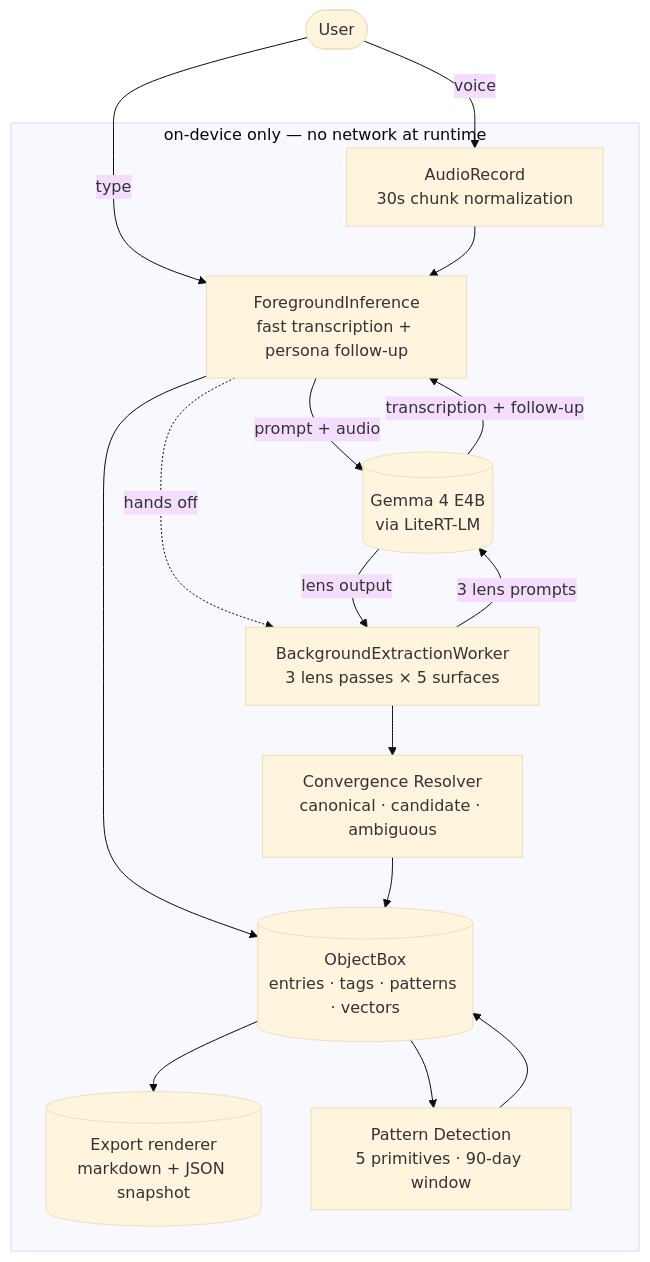
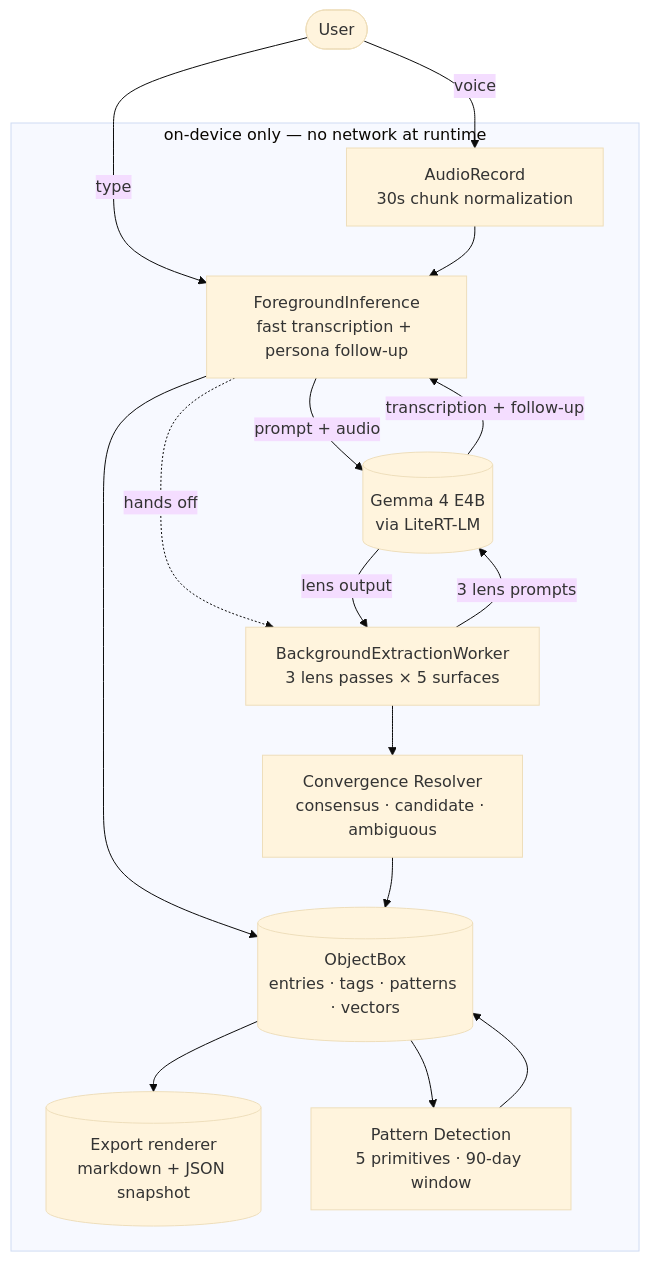
Before and after one commit to anchildress1/vestige: the diagram in README.md, drawn with Mermaid (base theme). The commit also changed other lines of this file and 75 other files, not shown here.

First line of the commit message:
feat: recurrence viability pipeline + canonical→consensus rename (#60)

````diff
--- a/README.md
+++ b/README.md
@@ -88,29 +88,29 @@
 ```mermaid
 flowchart TB
     User([User]) -- voice --> Audio
     User -- type --> FG
 
     subgraph onDevice["on-device only — no network at runtime"]
       Audio["AudioRecord<br/>30s chunk normalization"]
       FG["ForegroundInference<br/>fast transcription + persona follow-up"]
       BG["BackgroundExtractionWorker<br/>3 lens passes × 5 surfaces"]
       Gemma[("Gemma 4 E4B<br/>via LiteRT-LM")]
-      Resolver["Convergence Resolver<br/>canonical · candidate · ambiguous"]
+      Resolver["Convergence Resolver<br/>consensus · candidate · ambiguous"]
       ObjectBox[("ObjectBox<br/>entries · tags · patterns · vectors")]
       Export[("Export renderer<br/>markdown + JSON snapshot")]
       Patterns["Pattern Detection<br/>5 primitives · 90-day window"]
 
       Audio --> FG
       FG -- "prompt + audio" --> Gemma
       Gemma -- "transcription + follow-up" --> FG
       FG --> ObjectBox
       FG -. "hands off" .-> BG
       BG -- "3 lens prompts" --> Gemma
       Gemma -- "lens output" --> BG
       BG --> Resolver
       Resolver --> ObjectBox
       ObjectBox --> Patterns
       Patterns --> ObjectBox
       ObjectBox --> Export
     end
 ```
````
